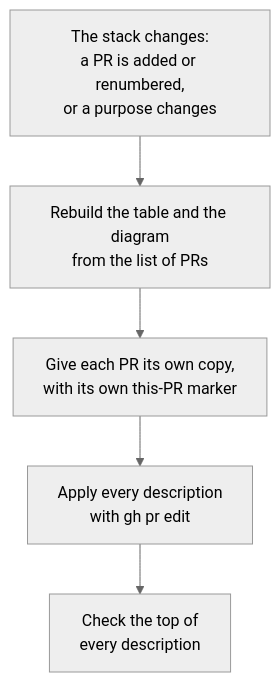
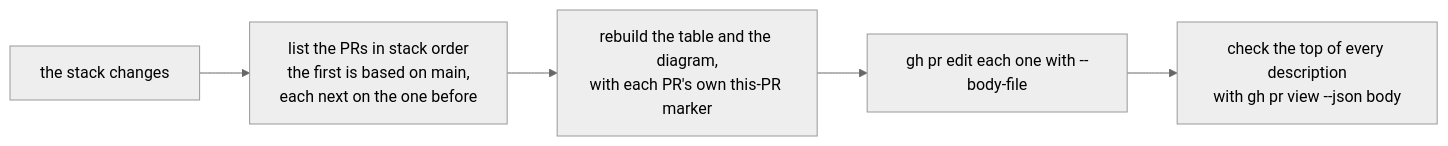
Before and after one commit to chandanbsd/baseline-framework: the diagram in docs/agents/pr-descriptions.md, drawn with Mermaid (neutral theme). The commit also changed other lines of this file and 6 other files, not shown here.

First line of the commit message:
docs: AGENTS.md and the playbooks follow the new flow, and the docs-agent playbook goes

````diff
--- a/docs/agents/pr-descriptions.md
+++ b/docs/agents/pr-descriptions.md
@@ -222,7 +65,7 @@
 ```mermaid
-flowchart TB
-    A["The stack changes:<br/>a PR is added or renumbered,<br/>or a purpose changes"] --> B["Rebuild the table and the diagram<br/>from the list of PRs"]
-    B --> C["Give each PR its own copy,<br/>with its own this-PR marker"]
-    C --> D["Apply every description<br/>with gh pr edit"]
-    D --> E["Check the top of<br/>every description"]
+flowchart LR
+    A["the stack changes"] --> B["list the PRs in stack order<br/>the first is based on main,<br/>each next on the one before"]
+    B --> C["rebuild the table and the diagram,<br/>with each PR's own this-PR marker"]
+    C --> D["gh pr edit each one with --body-file"]
+    D --> E["check the top of every description<br/>with gh pr view --json body"]
 ```
````
